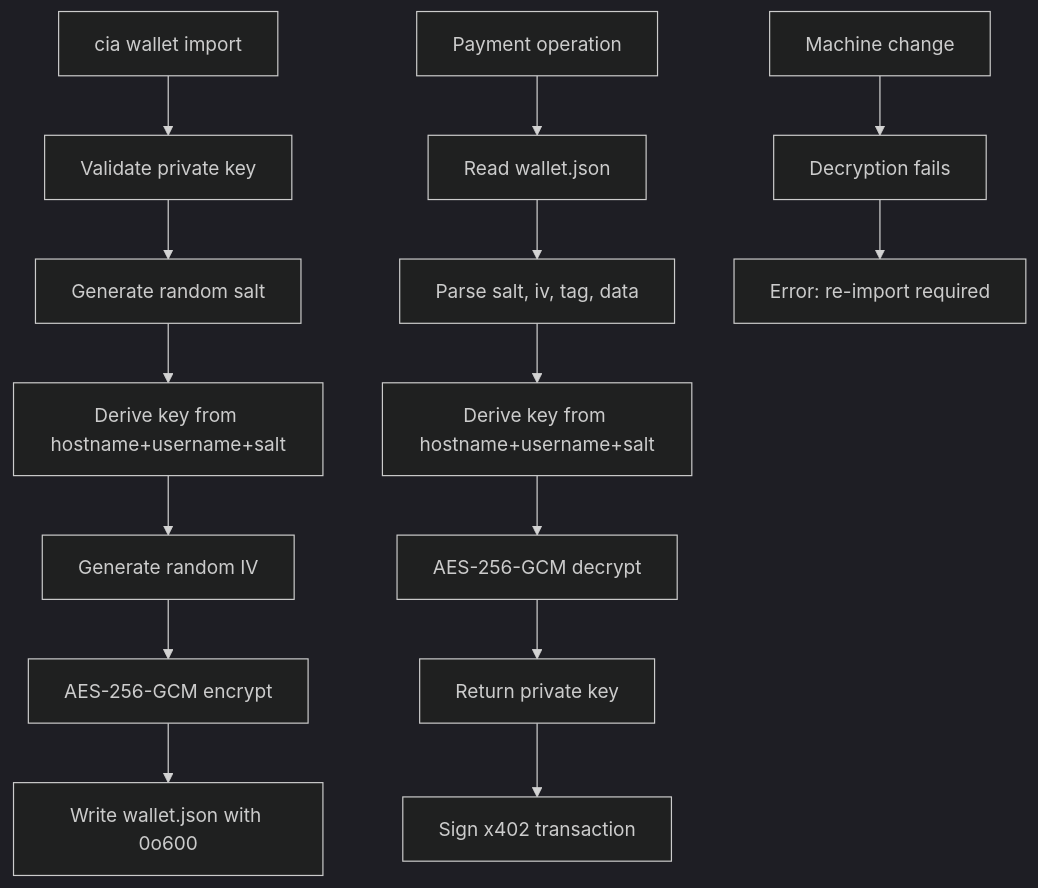
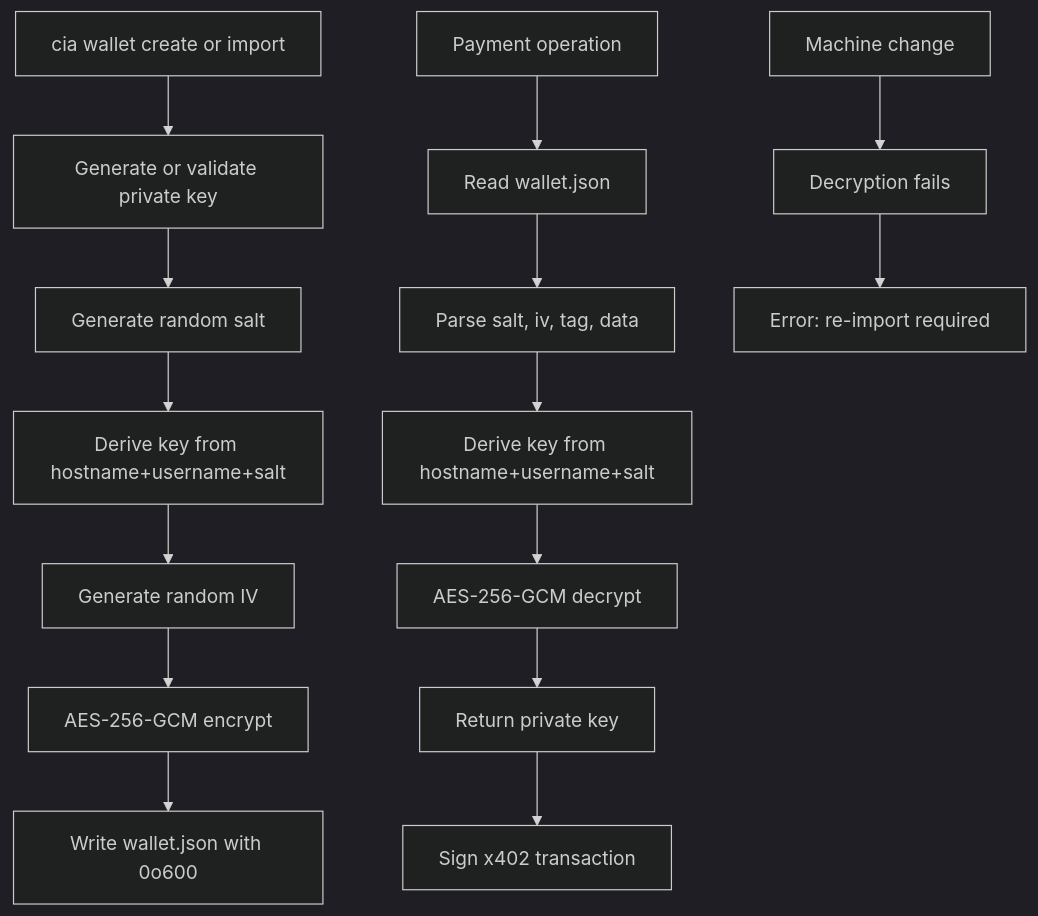
One commit to chainswarm/chain-insights changed the diagram in docs/architecture/components/wallet.md. Above: the diagram before and after it, drawn with Mermaid (dark theme). The commit also changed other lines of this file and 25 other files, not shown here.

````diff
--- a/docs/architecture/components/wallet.md
+++ b/docs/architecture/components/wallet.md
@@ -27,19 +27,19 @@
 ```mermaid
 flowchart TB
-  A[cia wallet import] --> B[Validate private key]
+  A[cia wallet create or import] --> B[Generate or validate private key]
   B --> C[Generate random salt]
   C --> D[Derive key from hostname+username+salt]
   D --> E[Generate random IV]
   E --> F[AES-256-GCM encrypt]
   F --> G[Write wallet.json with 0o600]
 
   H[Payment operation] --> I[Read wallet.json]
   I --> J[Parse salt, iv, tag, data]
   J --> K[Derive key from hostname+username+salt]
   K --> L[AES-256-GCM decrypt]
   L --> M[Return private key]
   M --> N[Sign x402 transaction]
 
   O[Machine change] --> P[Decryption fails]
   P --> Q[Error: re-import required]
 ```
````
